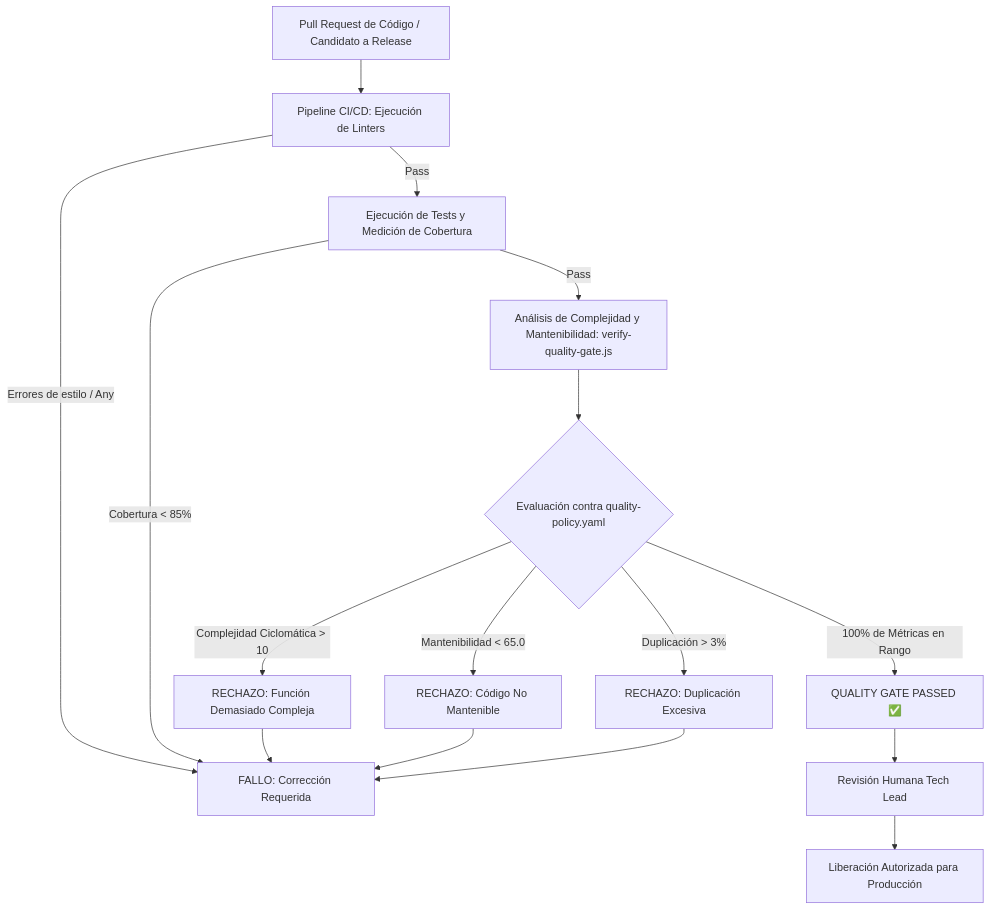
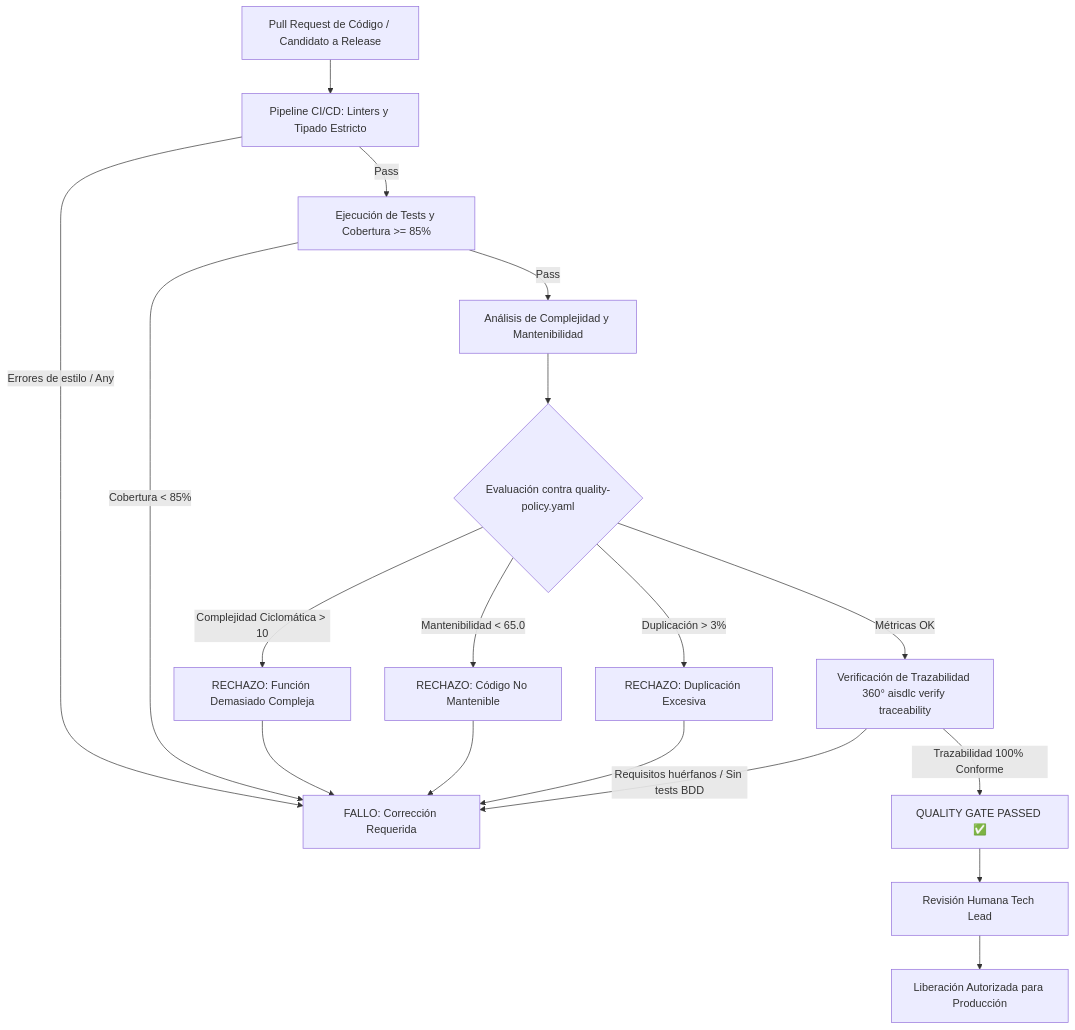
Before and after one commit to altromon/AI-SDLC: the diagram in process/10_quality_management_and_release_gates.md, drawn with Mermaid. The commit also changed other lines of this file and 33 other files, not shown here.

````diff
--- a/process/10_quality_management_and_release_gates.md
+++ b/process/10_quality_management_and_release_gates.md
@@ -74,23 +79,25 @@
 ```mermaid
 flowchart TD
-    A[Pull Request de Código / Candidato a Release] --> B[Pipeline CI/CD: Ejecución de Linters]
+    A[Pull Request de Código / Candidato a Release] --> B[Pipeline CI/CD: Linters y Tipado Estricto]
     B -->|Errores de estilo / Any| X[FALLO: Corrección Requerida]
 
-    B -->|Pass| C[Ejecución de Tests y Medición de Cobertura]
+    B -->|Pass| C[Ejecución de Tests y Cobertura >= 85%]
     C -->|Cobertura < 85%| X
 
-    C -->|Pass| D[Análisis de Complejidad y Mantenibilidad: verify-quality-gate.js]
+    C -->|Pass| D[Análisis de Complejidad y Mantenibilidad]
     D --> E{Evaluación contra quality-policy.yaml}
 
     E -->|Complejidad Ciclomática > 10| F[RECHAZO: Función Demasiado Compleja]
     E -->|Mantenibilidad < 65.0| G[RECHAZO: Código No Mantenible]
     E -->|Duplicación > 3%| H[RECHAZO: Duplicación Excesiva]
 
     F --> X
     G --> X
     H --> X
 
-    E -->|100% de Métricas en Rango| I[QUALITY GATE PASSED ✅]
+    E -->|Métricas OK| T[Verificación de Trazabilidad 360° aisdlc verify traceability]
+    T -->|Requisitos huérfanos / Sin tests BDD| X
+    T -->|Trazabilidad 100% Conforme| I[QUALITY GATE PASSED ✅]
     I --> J[Revisión Humana Tech Lead]
     J --> K[Liberación Autorizada para Producción]
 ```
````
